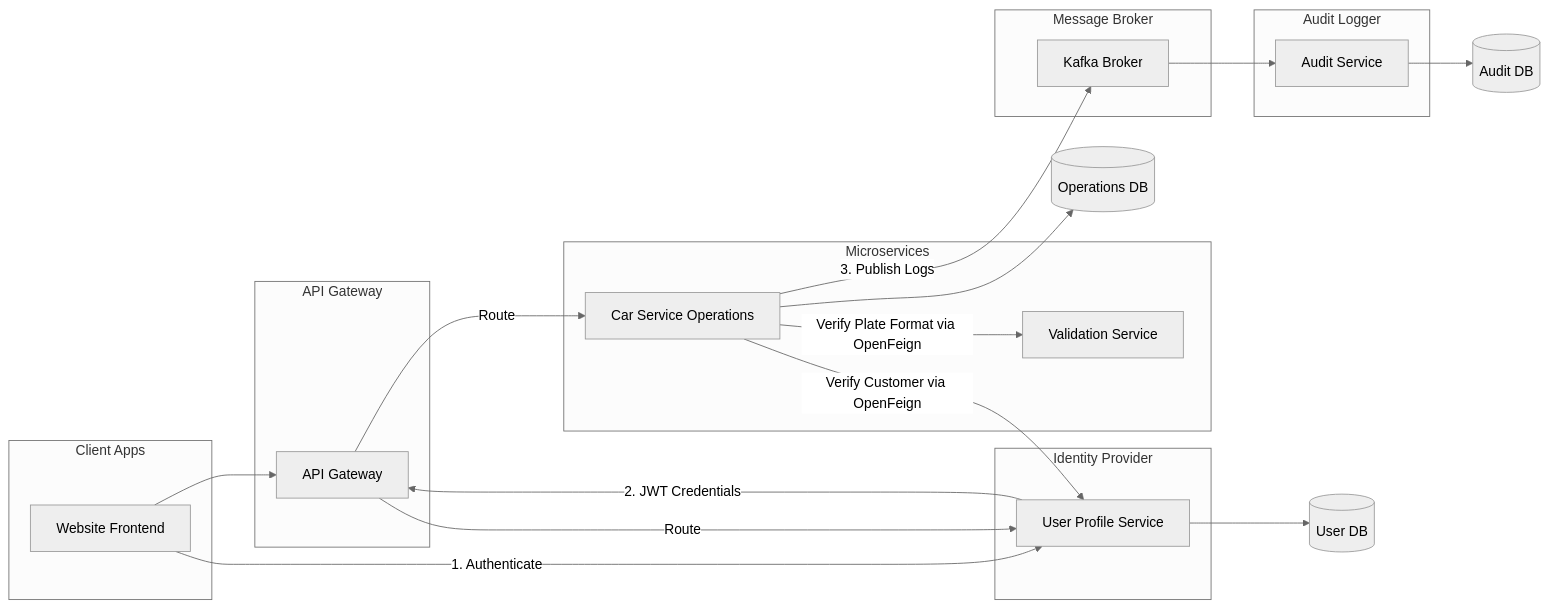
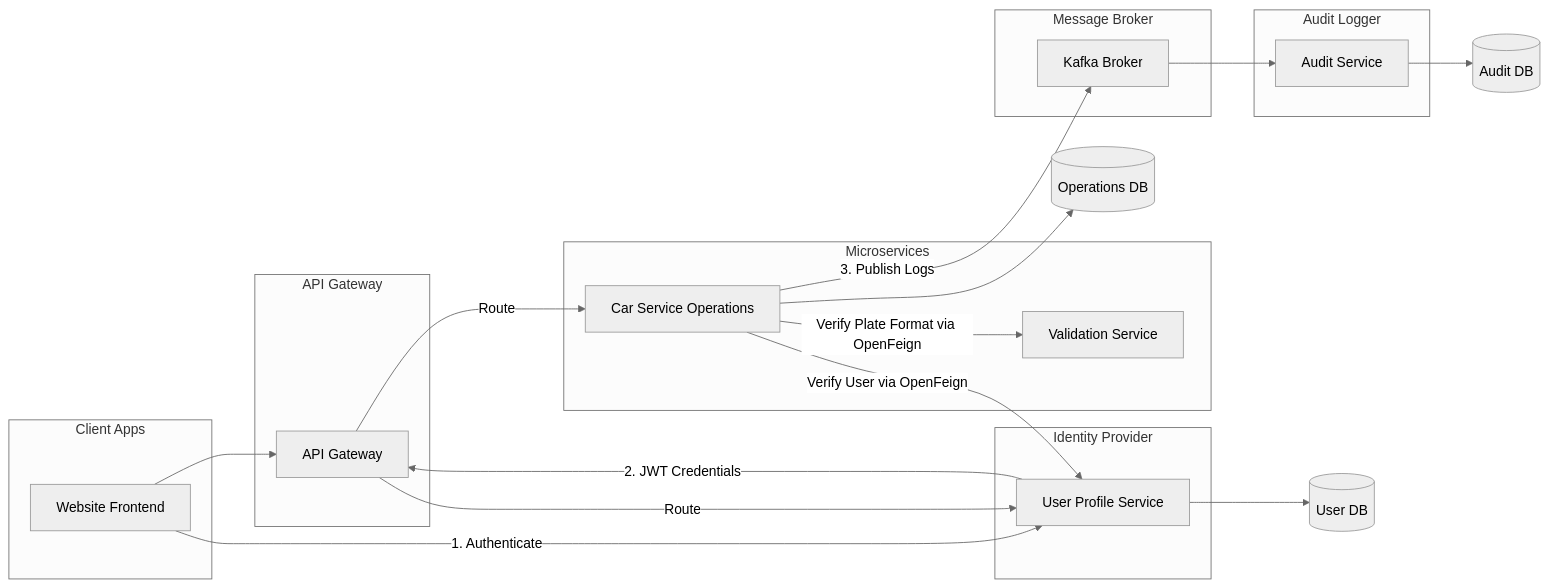
Before and after one commit to impulse184/Car-Service-Management: the diagram in README.md, drawn with Mermaid (neutral theme).

Commit message:
Change flowchart label from Verify Customer to Verify User

````diff
--- a/README.md
+++ b/README.md
@@ -32,44 +32,44 @@
 ```mermaid
 graph LR
     subgraph Client Apps
         Client[Website Frontend]
     end
 
     subgraph Identity Provider
         UP[User Profile Service]
     end
 
     subgraph API Gateway
         GW[API Gateway]
     end
 
     subgraph Microservices
         OPS[Car Service Operations]
         VAL[Validation Service]
     end
 
     subgraph Message Broker
         MB[Kafka Broker]
     end
 
     subgraph Audit Logger
         AUD[Audit Service]
     end
 
     Client --> GW
     Client -->|1. Authenticate| UP
     UP -->|2. JWT Credentials| GW
 
     GW -->|Route| OPS
     GW -->|Route| UP
 
-    OPS -->|Verify Customer via OpenFeign| UP
+    OPS -->|Verify User via OpenFeign| UP
     OPS -->|Verify Plate Format via OpenFeign| VAL
 
     UP --> DB_UP[(User DB)]
     OPS --> DB_OPS[(Operations DB)]
 
     OPS -->|3. Publish Logs| MB
     MB --> AUD
     AUD --> DB_AUD[(Audit DB)]
 ```
````
